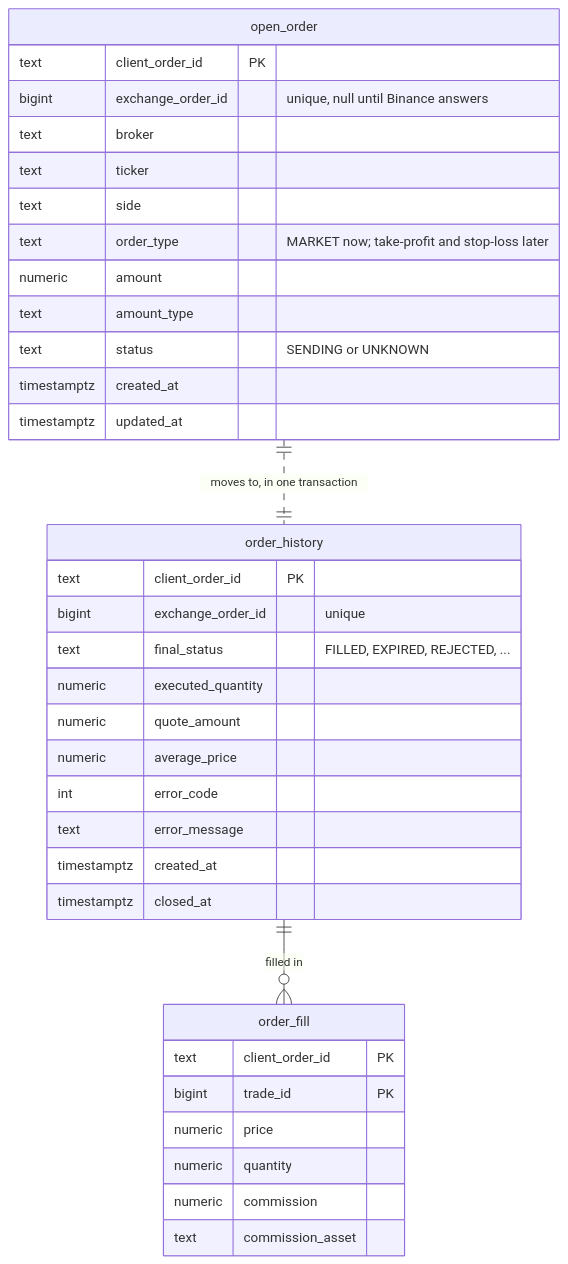
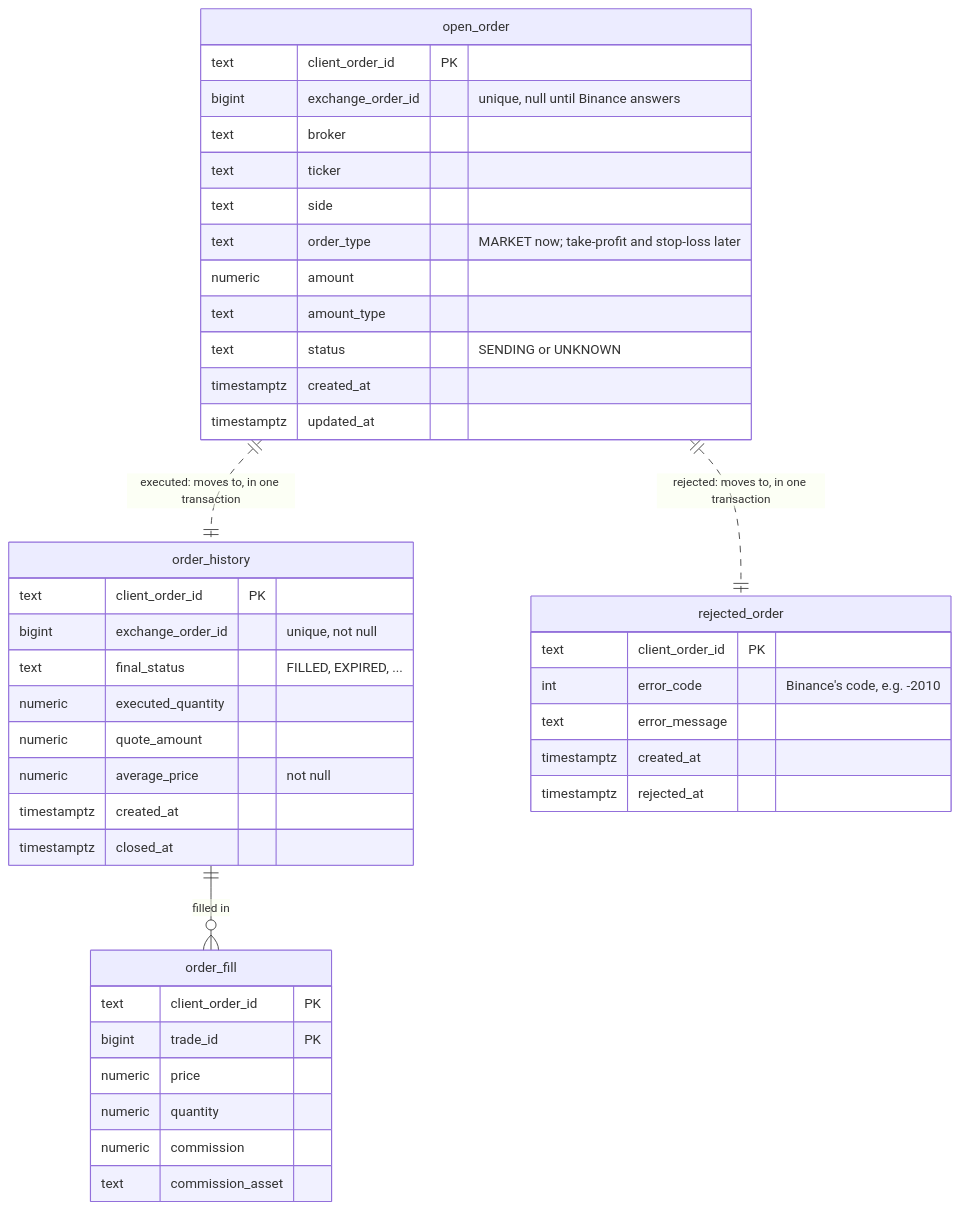
One commit to ShadowOfDiablo/t212-coding-task changed diagram 20 of 20 in docs/ARCHITECTURE.md. Above: the diagram before and after it, drawn with Mermaid. The commit also changed other lines of this file and 13 other files, not shown here.

````diff
--- a/docs/ARCHITECTURE.md
+++ b/docs/ARCHITECTURE.md
@@ -746,38 +747,44 @@
 ```mermaid
 erDiagram
     open_order {
         text client_order_id PK
         bigint exchange_order_id "unique, null until Binance answers"
         text broker
         text ticker
         text side
         text order_type "MARKET now; take-profit and stop-loss later"
         numeric amount
         text amount_type
         text status "SENDING or UNKNOWN"
         timestamptz created_at
         timestamptz updated_at
     }
     order_history {
         text client_order_id PK
-        bigint exchange_order_id "unique"
-        text final_status "FILLED, EXPIRED, REJECTED, ..."
+        bigint exchange_order_id "unique, not null"
+        text final_status "FILLED, EXPIRED, ..."
         numeric executed_quantity
         numeric quote_amount
-        numeric average_price
-        int error_code
+        numeric average_price "not null"
+        timestamptz created_at
+        timestamptz closed_at
+    }
+    rejected_order {
+        text client_order_id PK
+        int error_code "Binance's code, e.g. -2010"
         text error_message
         timestamptz created_at
-        timestamptz closed_at
+        timestamptz rejected_at
     }
     order_fill {
         text client_order_id PK
         bigint trade_id PK
         numeric price
         numeric quantity
         numeric commission
         text commission_asset
     }
     order_history ||--o{ order_fill : "filled in"
-    open_order ||..|| order_history : "moves to, in one transaction"
+    open_order ||..|| order_history : "executed: moves to, in one transaction"
+    open_order ||..|| rejected_order : "rejected: moves to, in one transaction"
 ```
````
